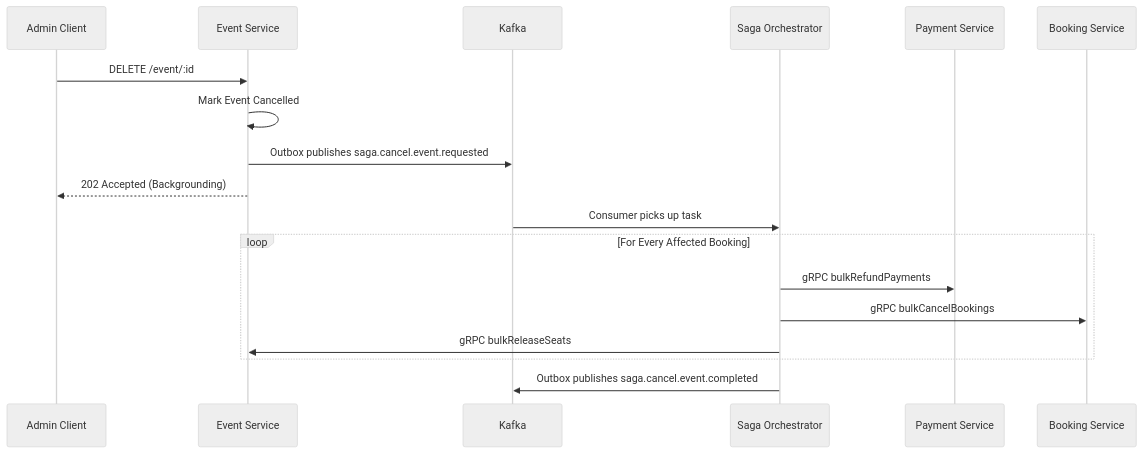
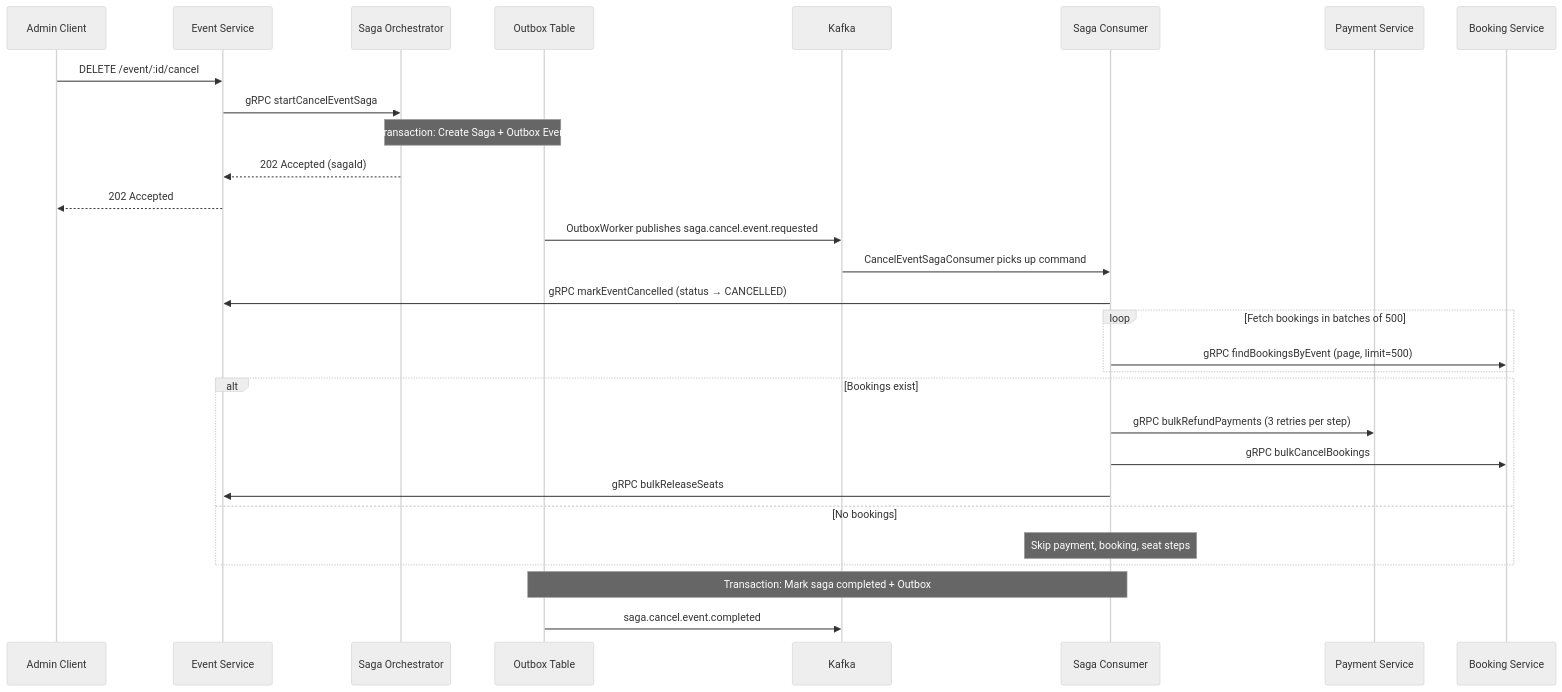
One commit to NithinKS007/EP-Microservices changed the fourth of 5 diagrams in docs/05_Impact_and_Diagrams.md. Above: the diagram before and after it, drawn with Mermaid (neutral theme). The commit also changed other lines of this file and 6 other files, not shown here.

````diff
--- a/docs/05_Impact_and_Diagrams.md
+++ b/docs/05_Impact_and_Diagrams.md
@@ -76,22 +82,37 @@
 ```mermaid
 sequenceDiagram
     participant C as Admin Client
-    participant E as Event Service
+    participant EV as Event Service
+    participant S as Saga Orchestrator
+    participant DB as Outbox Table
     participant K as Kafka
-    participant S as Saga Orchestrator
+    participant SC as Saga Consumer
     participant P as Payment Service
     participant B as Booking Service
 
-    C->>E: DELETE /event/:id
-    E->>E: Mark Event Cancelled
-    E->>K: Outbox publishes saga.cancel.event.requested
-    E-->>C: 202 Accepted (Backgrounding)
+    C->>EV: DELETE /event/:id/cancel
+    EV->>S: gRPC startCancelEventSaga
+    Note over S,DB: Transaction: Create Saga + Outbox Event
+    S-->>EV: 202 Accepted (sagaId)
+    EV-->>C: 202 Accepted
 
-    K->>S: Consumer picks up task
-    loop For Every Affected Booking
-        S->>P: gRPC bulkRefundPayments
-        S->>B: gRPC bulkCancelBookings
-        S->>E: gRPC bulkReleaseSeats
+    DB->>K: OutboxWorker publishes saga.cancel.event.requested
+    K->>SC: CancelEventSagaConsumer picks up command
+
+    SC->>EV: gRPC markEventCancelled (status → CANCELLED)
+
+    loop Fetch bookings in batches of 500
+        SC->>B: gRPC findBookingsByEvent (page, limit=500)
     end
-    S->>K: Outbox publishes saga.cancel.event.completed
+
+    alt Bookings exist
+        SC->>P: gRPC bulkRefundPayments (3 retries per step)
+        SC->>B: gRPC bulkCancelBookings
+        SC->>EV: gRPC bulkReleaseSeats
+    else No bookings
+        Note over SC: Skip payment, booking, seat steps
+    end
+
+    Note over SC,DB: Transaction: Mark saga completed + Outbox
+    DB->>K: saga.cancel.event.completed
 ```
````
